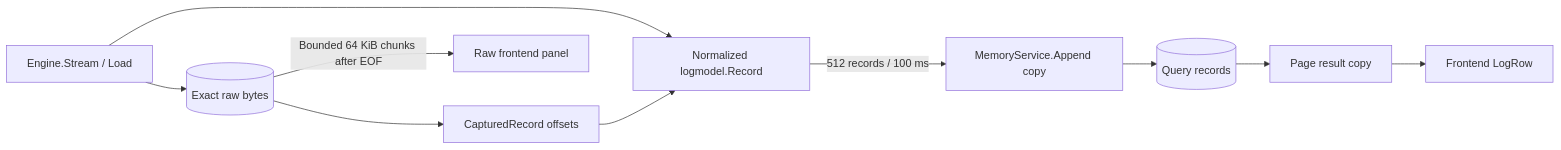
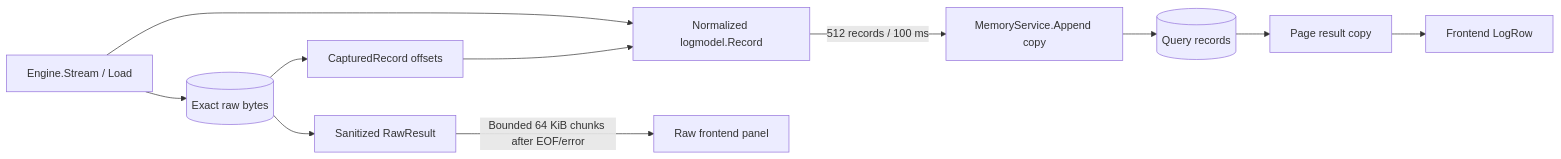
One commit to jpetroff/streamline changed the second of 2 diagrams in .memory/parser.md. Above: the diagram before and after it, drawn with Mermaid. The commit also changed 7 other files, not shown here.

````diff
--- a/.memory/parser.md
+++ b/.memory/parser.md
@@ -51,12 +51,13 @@
 ```mermaid
 flowchart LR
   capture["Engine.Stream / Load"] --> raw[("Exact raw bytes")]
   capture --> entry["Normalized logmodel.Record"]
   raw --> offsets["CapturedRecord offsets"]
   offsets --> entry
   entry -->|"512 records / 100 ms"| append["MemoryService.Append copy"]
   append --> stored[("Query records")]
   stored --> page["Page result copy"]
   page --> wire["Frontend LogRow"]
-  raw -->|"Bounded 64 KiB chunks after EOF"| browser["Raw frontend panel"]
+  raw --> rawResult["Sanitized RawResult"]
+  rawResult -->|"Bounded 64 KiB chunks after EOF/error"| browser["Raw frontend panel"]
 ```
````
